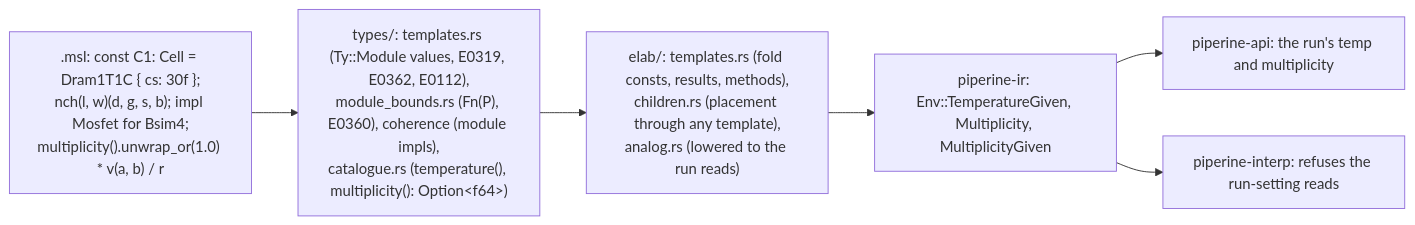
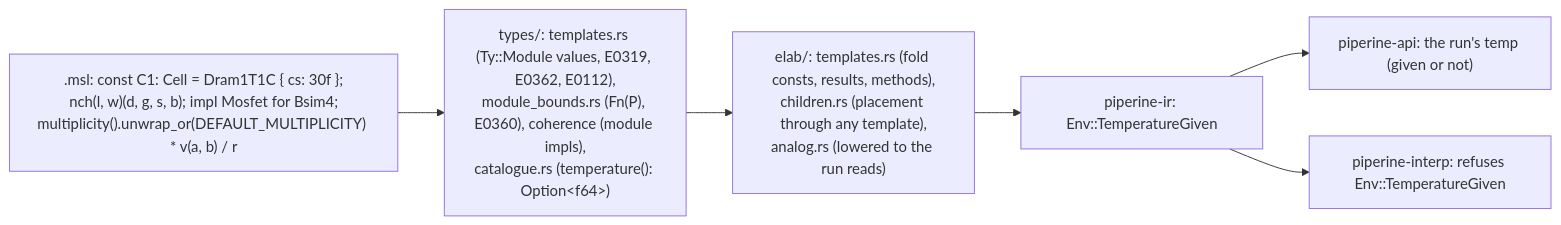
The diagram in .specs/features/generics/design-d.md (vkeslarek/piperine), drawn with Mermaid before and after one commit. The commit also changed other lines of this file and 4 other files, not shown here.

First line of the commit message:
docs(generics): phase D reads multiplicity() as a stdlib fn over simparam

````diff
--- a/.specs/features/generics/design-d.md
+++ b/.specs/features/generics/design-d.md
@@ -35,8 +38,8 @@
 ```mermaid
 flowchart LR
-    src[".msl: const C1: Cell = Dram1T1C { cs: 30f };<br/>nch(l, w)(d, g, s, b); impl Mosfet for Bsim4;<br/>multiplicity().unwrap_or(1.0) * v(a, b) / r"] --> chk["types/: templates.rs (Ty::Module values, E0319, E0362, E0112),<br/>module_bounds.rs (Fn(P), E0360), coherence (module impls),<br/>catalogue.rs (temperature(), multiplicity(): Option&lt;f64&gt;)"]
+    src[".msl: const C1: Cell = Dram1T1C { cs: 30f };<br/>nch(l, w)(d, g, s, b); impl Mosfet for Bsim4;<br/>multiplicity().unwrap_or(DEFAULT_MULTIPLICITY) * v(a, b) / r"] --> chk["types/: templates.rs (Ty::Module values, E0319, E0362, E0112),<br/>module_bounds.rs (Fn(P), E0360), coherence (module impls),<br/>catalogue.rs (temperature(): Option&lt;f64&gt;)"]
     chk --> elab["elab/: templates.rs (fold consts, results, methods),<br/>children.rs (placement through any template),<br/>analog.rs (lowered to the run reads)"]
-    elab --> ir["piperine-ir: Env::TemperatureGiven, Multiplicity, MultiplicityGiven"]
-    ir --> api["piperine-api: the run's temp and multiplicity"]
-    ir --> interp["piperine-interp: refuses the run-setting reads"]
+    elab --> ir["piperine-ir: Env::TemperatureGiven"]
+    ir --> api["piperine-api: the run's temp (given or not)"]
+    ir --> interp["piperine-interp: refuses Env::TemperatureGiven"]
 ```
````
